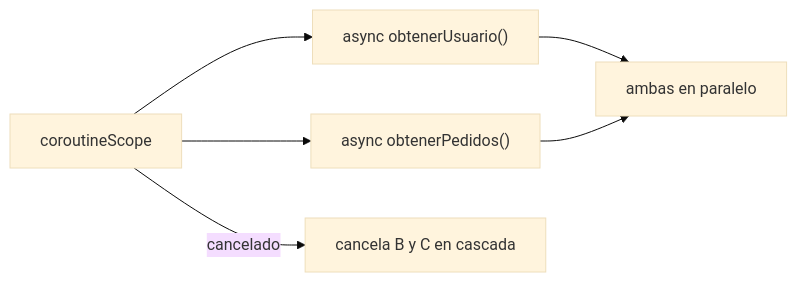
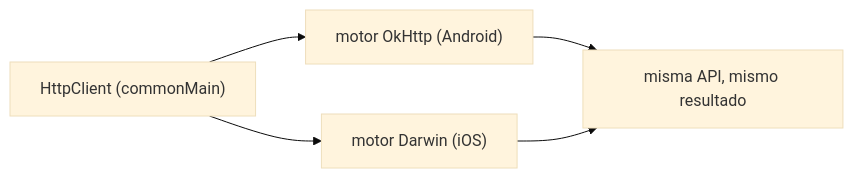
The first of 3 diagrams in web/public/content/kotlin-multiplatform/modulo-2.md (NICORUIZ93/The_Imperial_Book), drawn with Mermaid (base theme) before and after one commit. The commit also changed other lines of this file and 305 other files, not shown here.

````diff
--- a/web/public/content/kotlin-multiplatform/modulo-2.md
+++ b/web/public/content/kotlin-multiplatform/modulo-2.md
@@ -18,8 +18,7 @@
 ```mermaid
 flowchart LR
-  A[coroutineScope] --> B["async obtenerUsuario()"]
-  A --> C["async obtenerPedidos()"]
-  B --> D[ambas en paralelo]
+  A["HttpClient (commonMain)"] --> B["motor OkHttp (Android)"]
+  A --> C["motor Darwin (iOS)"]
+  B --> D[misma API, mismo resultado]
   C --> D
-  A -->|cancelado| E[cancela B y C en cascada]
 ```
````
